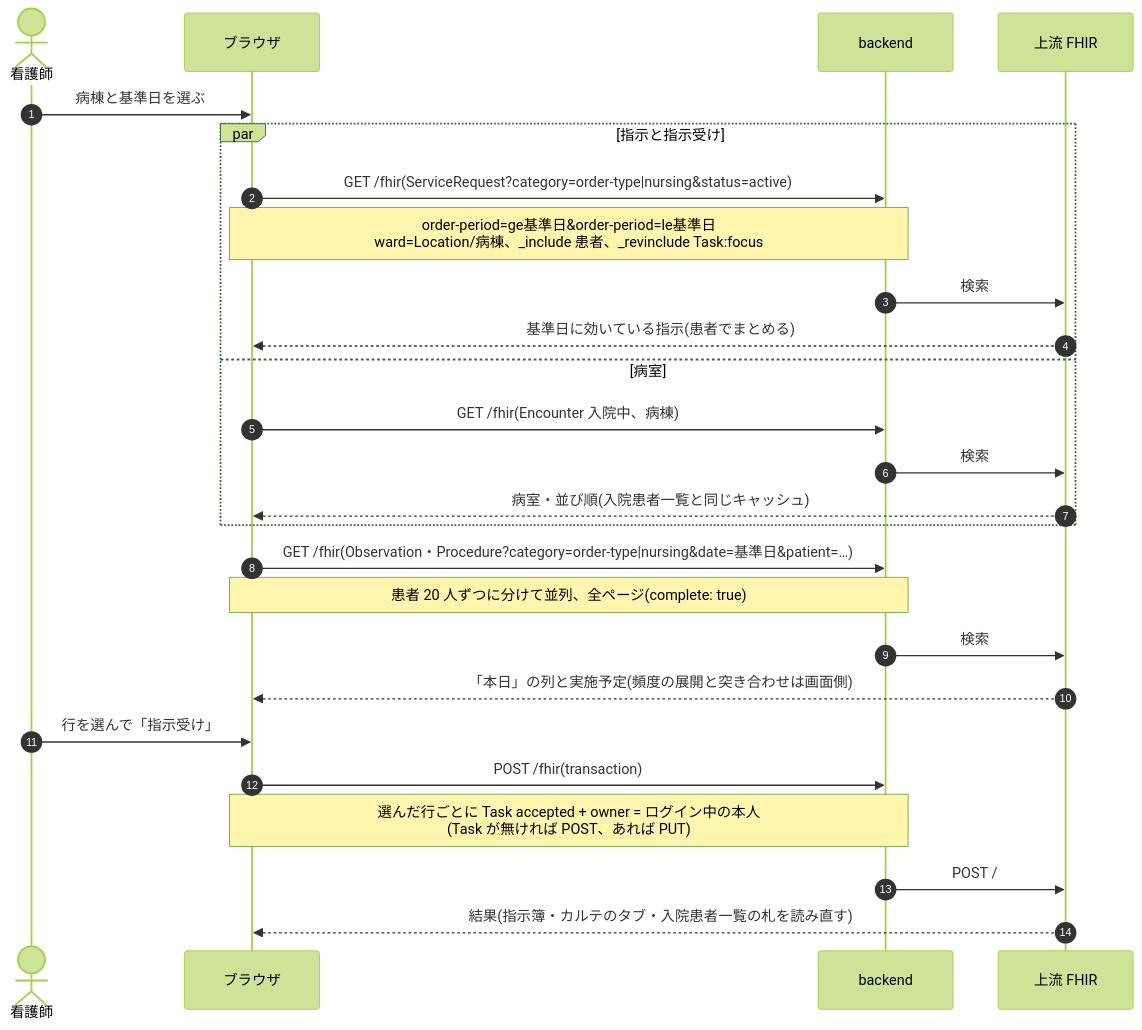
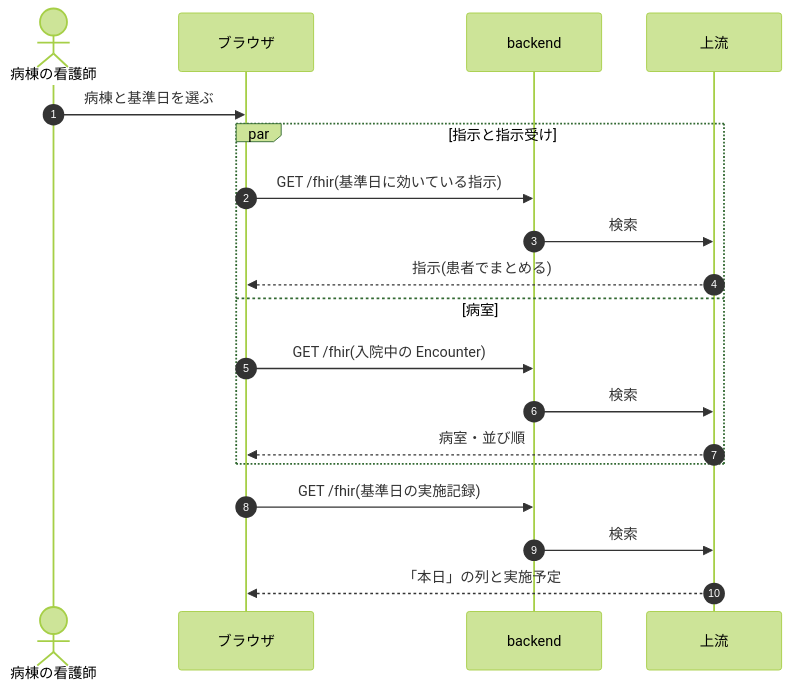
One commit to ysnr-dev/fhir-client-docs changed the fourth of 10 diagrams in docs/dev/nursing.md. Above: the diagram before and after it, drawn with Mermaid (forest theme). The commit also changed other lines of this file and 43 other files, not shown here.

Commit message:
docs: 業務フローとシーケンス図を写し直し

````diff
--- a/docs/dev/nursing.md
+++ b/docs/dev/nursing.md
@@ -95,29 +204,22 @@
 ```mermaid
 sequenceDiagram
   autonumber
-  actor Ns as 看護師
+  actor Ns as 病棟の看護師
   participant UI as ブラウザ
   participant BE as backend
-  participant FHIR as 上流 FHIR
+  participant FHIR as 上流
 
   Ns->>UI: 病棟と基準日を選ぶ
   par 指示と指示受け
-    UI->>BE: GET /fhir(ServiceRequest?category=order-type|nursing&status=active)
-    Note over UI,BE: order-period=ge基準日&order-period=le基準日<br/>ward=Location/病棟、_include 患者、_revinclude Task:focus
+    UI->>BE: GET /fhir(基準日に効いている指示)
     BE->>FHIR: 検索
-    FHIR-->>UI: 基準日に効いている指示(患者でまとめる)
+    FHIR-->>UI: 指示(患者でまとめる)
   and 病室
-    UI->>BE: GET /fhir(Encounter 入院中、病棟)
+    UI->>BE: GET /fhir(入院中の Encounter)
     BE->>FHIR: 検索
-    FHIR-->>UI: 病室・並び順(入院患者一覧と同じキャッシュ)
+    FHIR-->>UI: 病室・並び順
   end
-  UI->>BE: GET /fhir(Observation・Procedure?category=order-type|nursing&date=基準日&patient=…)
-  Note over UI,BE: 患者 20 人ずつに分けて並列、全ページ(complete: true)
+  UI->>BE: GET /fhir(基準日の実施記録)
   BE->>FHIR: 検索
-  FHIR-->>UI: 「本日」の列と実施予定(頻度の展開と突き合わせは画面側)
-  Ns->>UI: 行を選んで「指示受け」
-  UI->>BE: POST /fhir(transaction)
-  Note over UI,BE: 選んだ行ごとに Task accepted + owner = ログイン中の本人<br/>(Task が無ければ POST、あれば PUT)
-  BE->>FHIR: POST /
-  FHIR-->>UI: 結果(指示簿・カルテのタブ・入院患者一覧の札を読み直す)
+  FHIR-->>UI: 「本日」の列と実施予定
 ```
````
